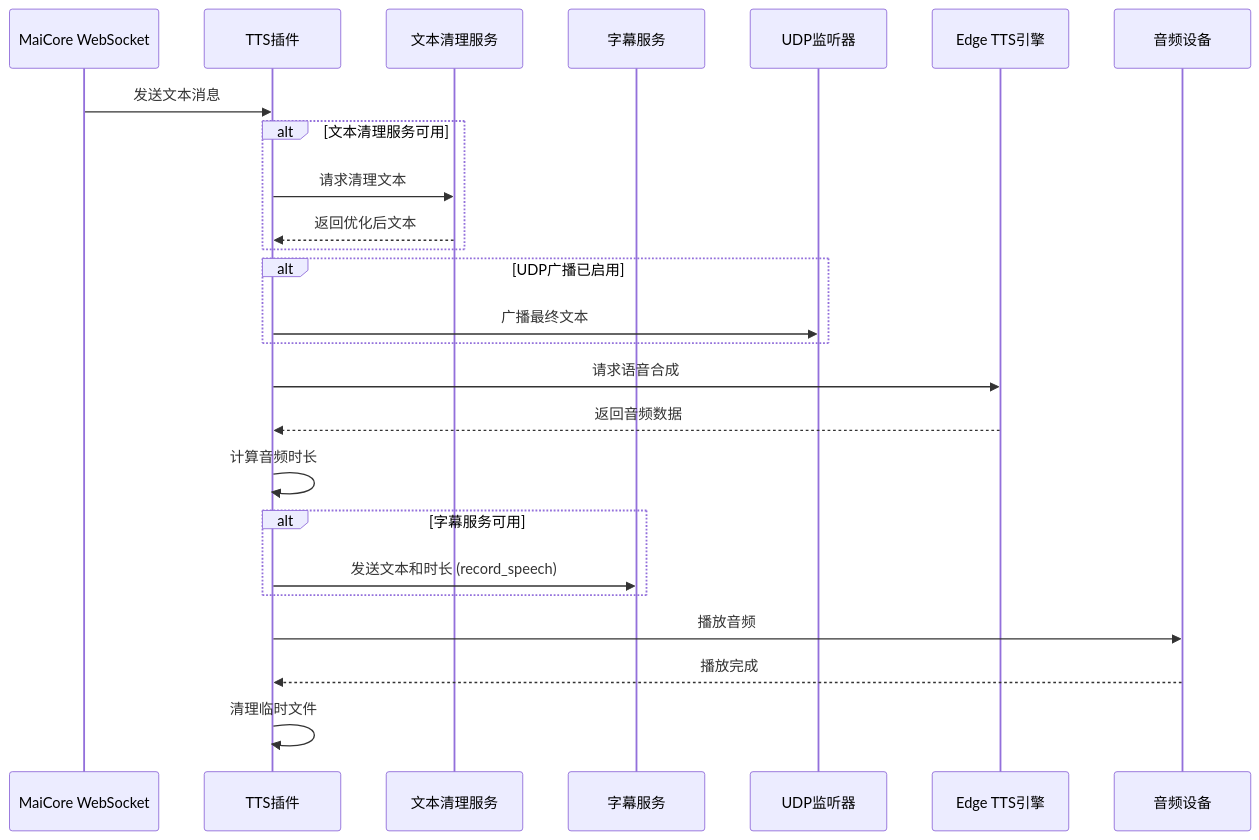
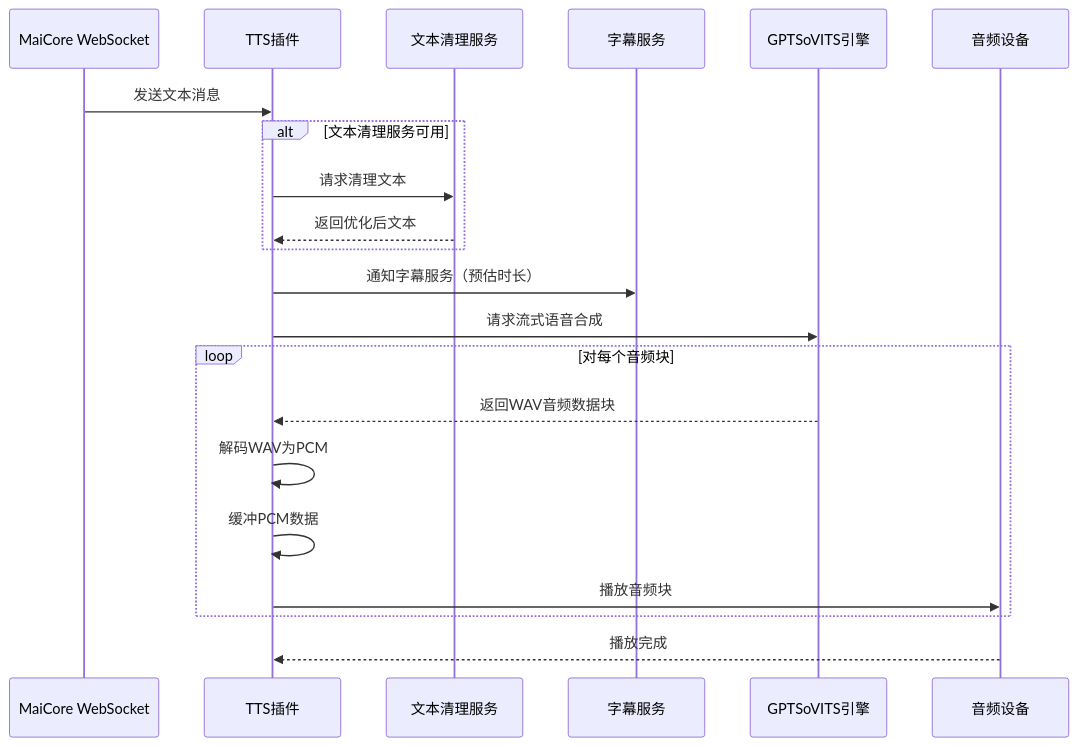
Before and after one commit to ChangingSelf/MaiBot-Vtuber: the diagram in src/plugins/gptsovits_tts/README.md, drawn with Mermaid. The commit also changed other lines of this file and 2 other files, not shown here.

Commit message:
fix: 修复gptsovits-tts，现在能正常使用了

````diff
--- a/src/plugins/gptsovits_tts/README.md
+++ b/src/plugins/gptsovits_tts/README.md
@@ -43,35 +42,28 @@
 ```mermaid
 sequenceDiagram
     participant MaiCore as MaiCore WebSocket
     participant TTS as TTS插件
     participant Cleanup as 文本清理服务
     participant Subtitle as 字幕服务
-    participant UDP as UDP监听器
-    participant EdgeTTS as Edge TTS引擎
+    participant GPTSoVITS as GPTSoVITS引擎
     participant Audio as 音频设备
 
     MaiCore->>TTS: 发送文本消息
     
     alt 文本清理服务可用
         TTS->>Cleanup: 请求清理文本
         Cleanup-->>TTS: 返回优化后文本
     end
     
-    alt UDP广播已启用
-        TTS->>UDP: 广播最终文本
+    TTS->>Subtitle: 通知字幕服务（预估时长）
+    TTS->>GPTSoVITS: 请求流式语音合成
+    
+    loop 对每个音频块
+        GPTSoVITS-->>TTS: 返回WAV音频数据块
+        TTS->>TTS: 解码WAV为PCM
+        TTS->>TTS: 缓冲PCM数据
+        TTS->>Audio: 播放音频块
     end
     
-    TTS->>EdgeTTS: 请求语音合成
-    EdgeTTS-->>TTS: 返回音频数据
-    
-    TTS->>TTS: 计算音频时长
-    
-    alt 字幕服务可用
-        TTS->>Subtitle: 发送文本和时长 (record_speech)
-    end
-    
-    TTS->>Audio: 播放音频
     Audio-->>TTS: 播放完成
-    
-    TTS->>TTS: 清理临时文件
 ```
````
